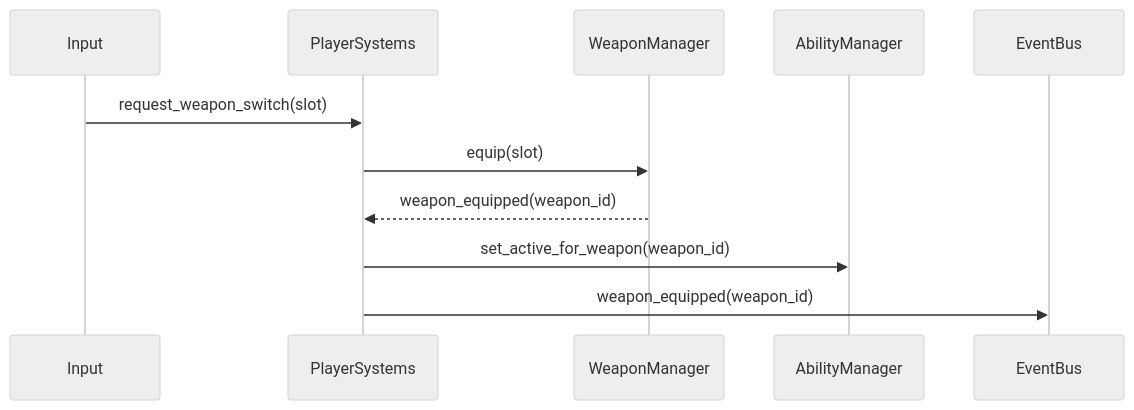
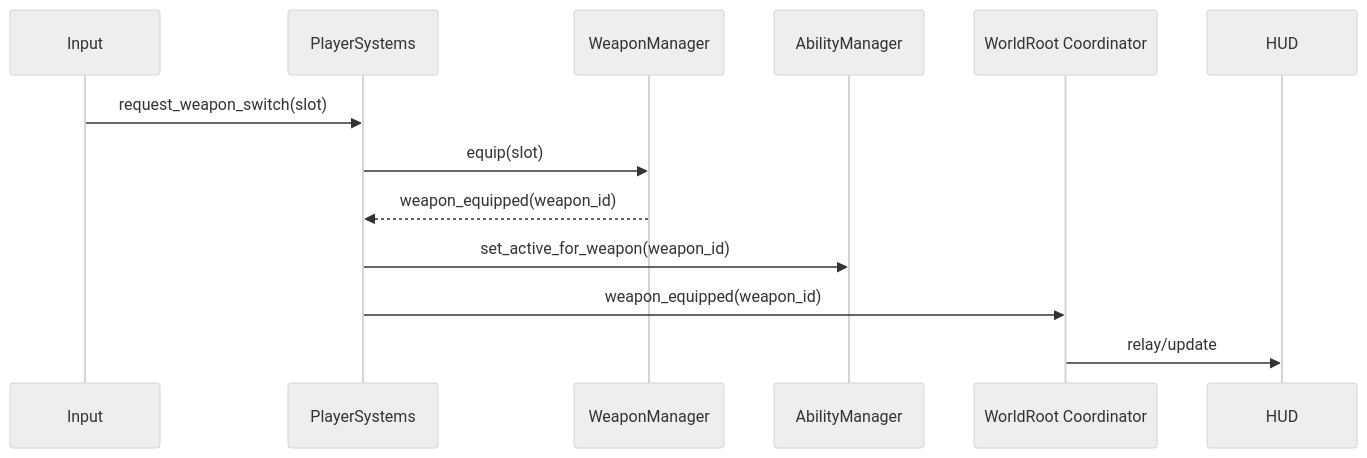
Before and after one commit to rodrigowillsilva/Project_UltraWest: the third of 5 diagrams in Docs/GDD/GDD.md, drawn with Mermaid (neutral theme). The commit also changed other lines of this file and 12 other files, not shown here.

````diff
--- a/Docs/GDD/GDD.md
+++ b/Docs/GDD/GDD.md
@@ -354,14 +359,15 @@
 ```mermaid
 sequenceDiagram
     participant Input as Input
     participant PS as PlayerSystems
     participant WM as WeaponManager
     participant AM as AbilityManager
-    participant EB as EventBus
+    participant Root as WorldRoot Coordinator
 
     Input->>PS: request_weapon_switch(slot)
     PS->>WM: equip(slot)
     WM-->>PS: weapon_equipped(weapon_id)
     PS->>AM: set_active_for_weapon(weapon_id)
-    PS->>EB: weapon_equipped(weapon_id)
+    PS->>Root: weapon_equipped(weapon_id)
+    Root->>HUD: relay/update
 ```
````
